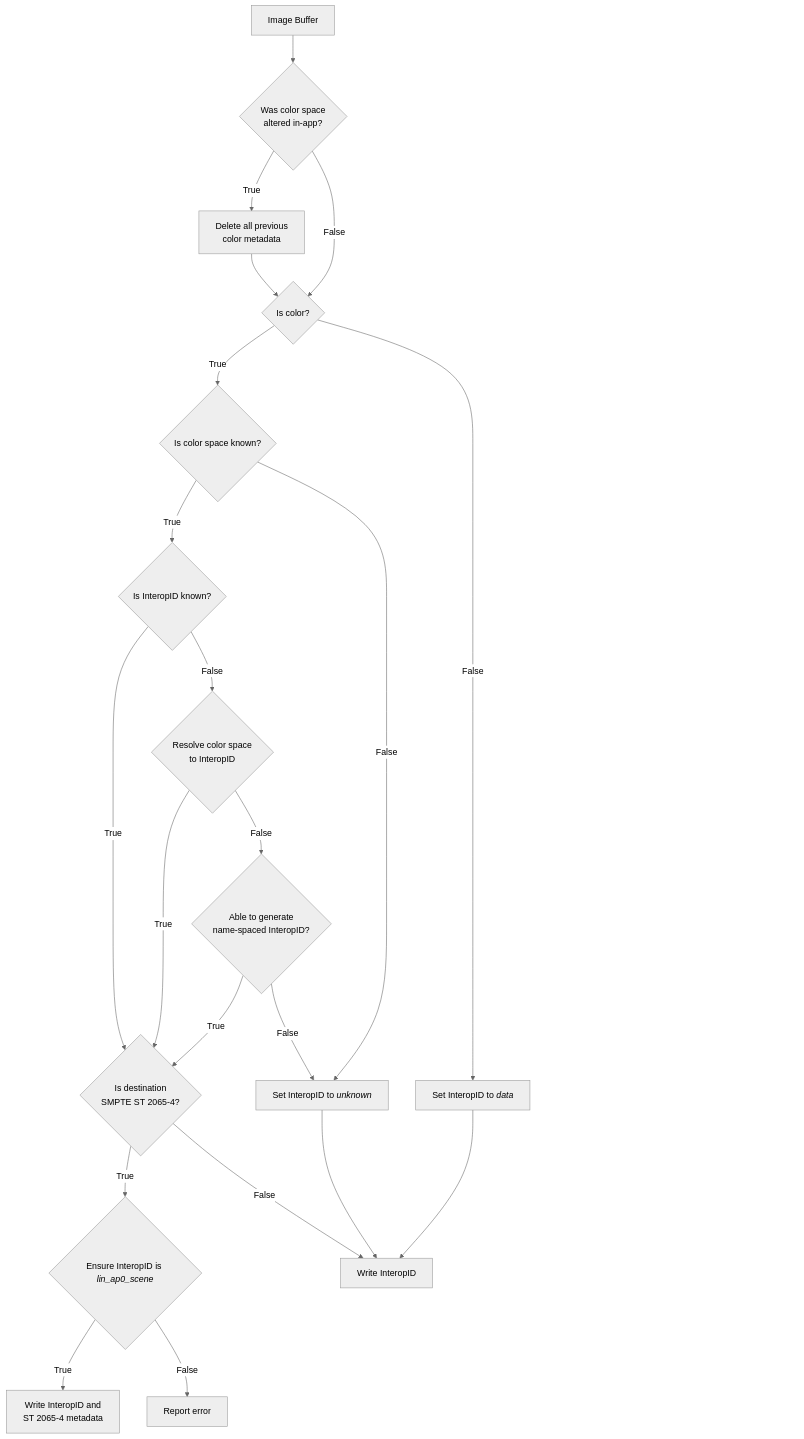
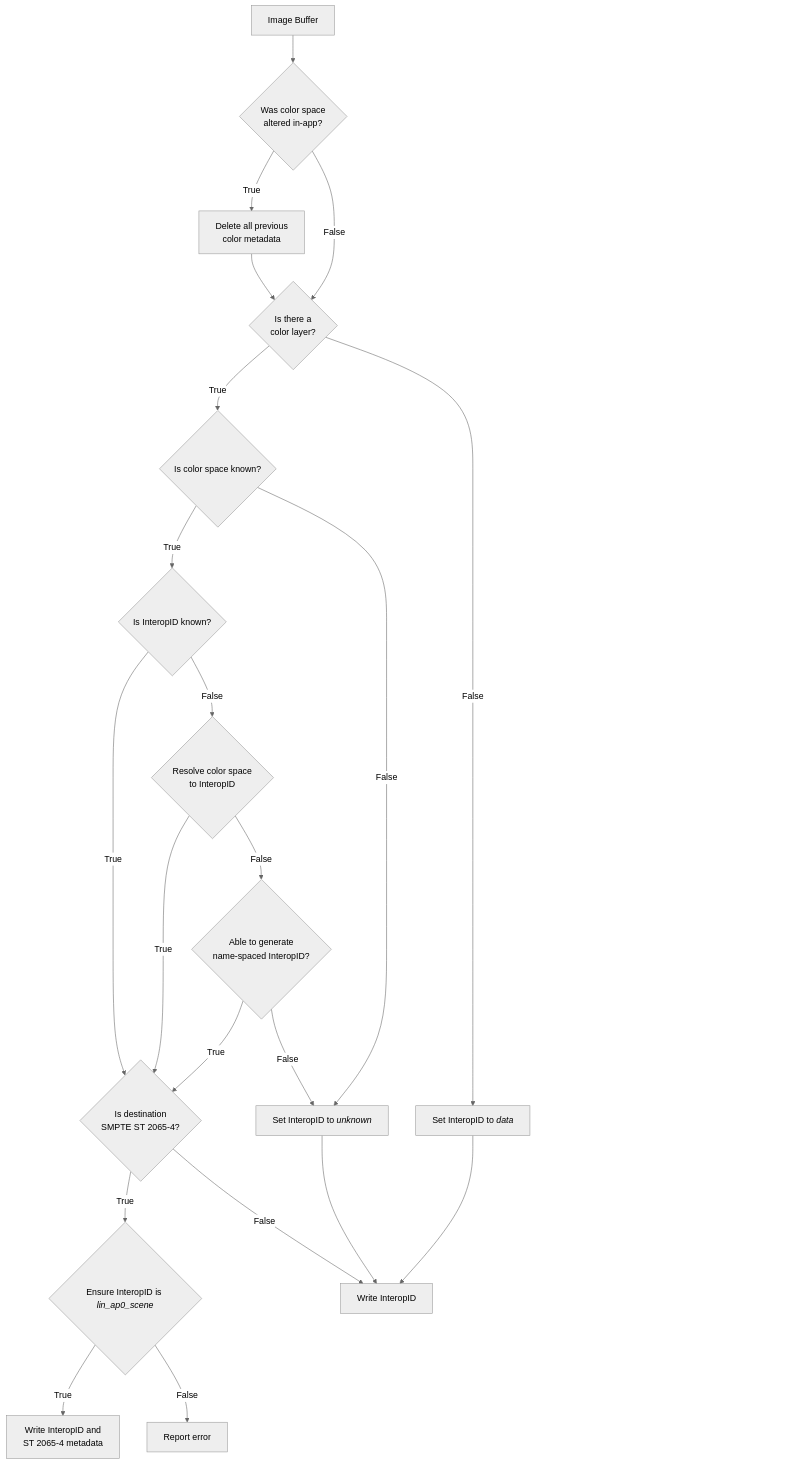
One commit to AcademySoftwareFoundation/ColorInterop changed the first of 2 diagrams in Recommendations/04_OpenEXRFiles/OpenEXRFiles.md. Above: the diagram before and after it, drawn with Mermaid (neutral theme). The commit also changed other lines of this file, not shown here.

````diff
--- a/Recommendations/04_OpenEXRFiles/OpenEXRFiles.md
+++ b/Recommendations/04_OpenEXRFiles/OpenEXRFiles.md
@@ -67,25 +71,25 @@
 ```mermaid
 graph TD;
 A[Image Buffer] --> G{Was color space\n altered in-app?}
 G--True-->J[Delete all previous\n color metadata]
-J-->B{Is color?}
+J-->B{Is there a\n color layer?}
 G--False-->B
 B--True-->C{Is color space known?}
 B--False-->D["`Set InteropID to _data_`"]
 C--True-->E{Is InteropID known?}
 C--False-->F["`Set InteropID to _unknown_`"]
 E--True-->K{Is destination\n SMPTE ST 2065-4?}
 E--False-->H{Resolve color space\n to InteropID}
 H--True-->K
 H--False-->I{Able to generate\n name-spaced InteropID?}
 I--True-->K
 I--False-->F
 K--True-->L{"`Ensure InteropID is _lin_ap0_scene_`"}
 L--True-->N[Write InteropID and\n ST 2065-4 metadata]
 L--False-->P[Report error]
 K--False-->M[Write InteropID]
 D-->M
 F-->M
 InvisibleNode[.....................................................................................................................................................................]
 style InvisibleNode fill:none,stroke:none,color:#00000000
 ```
````
